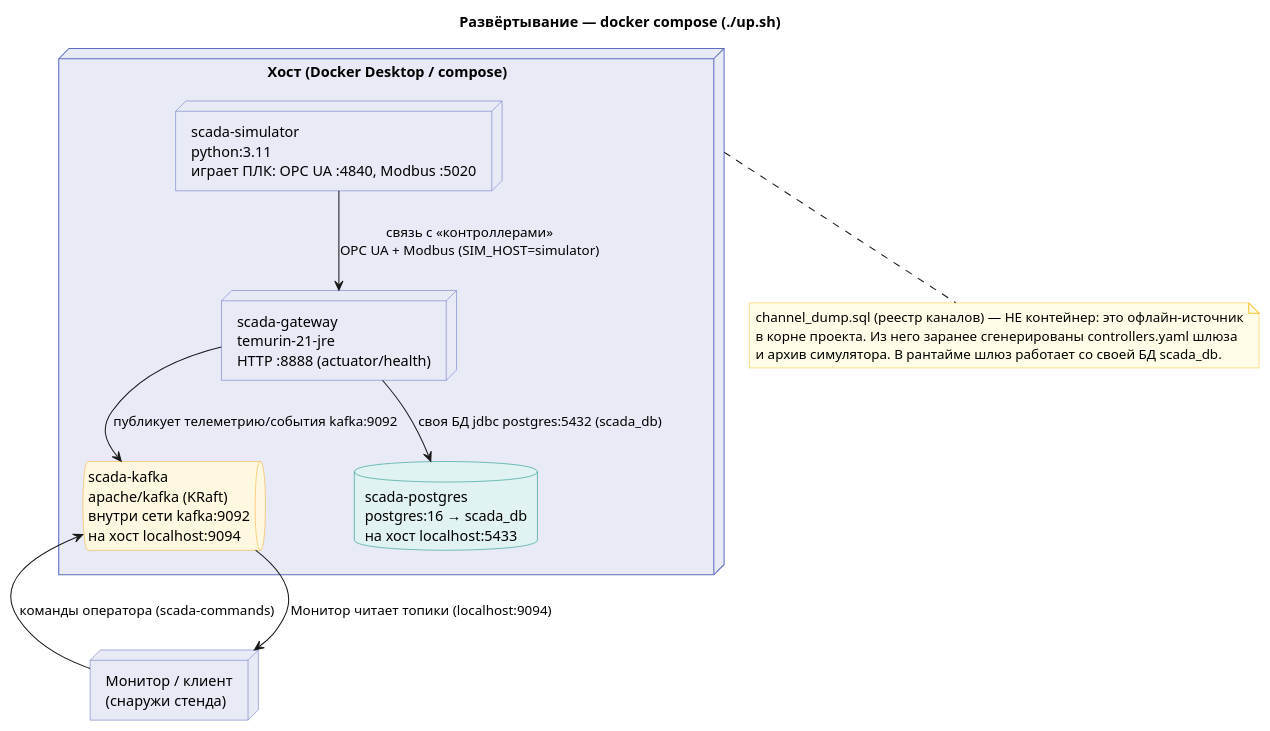
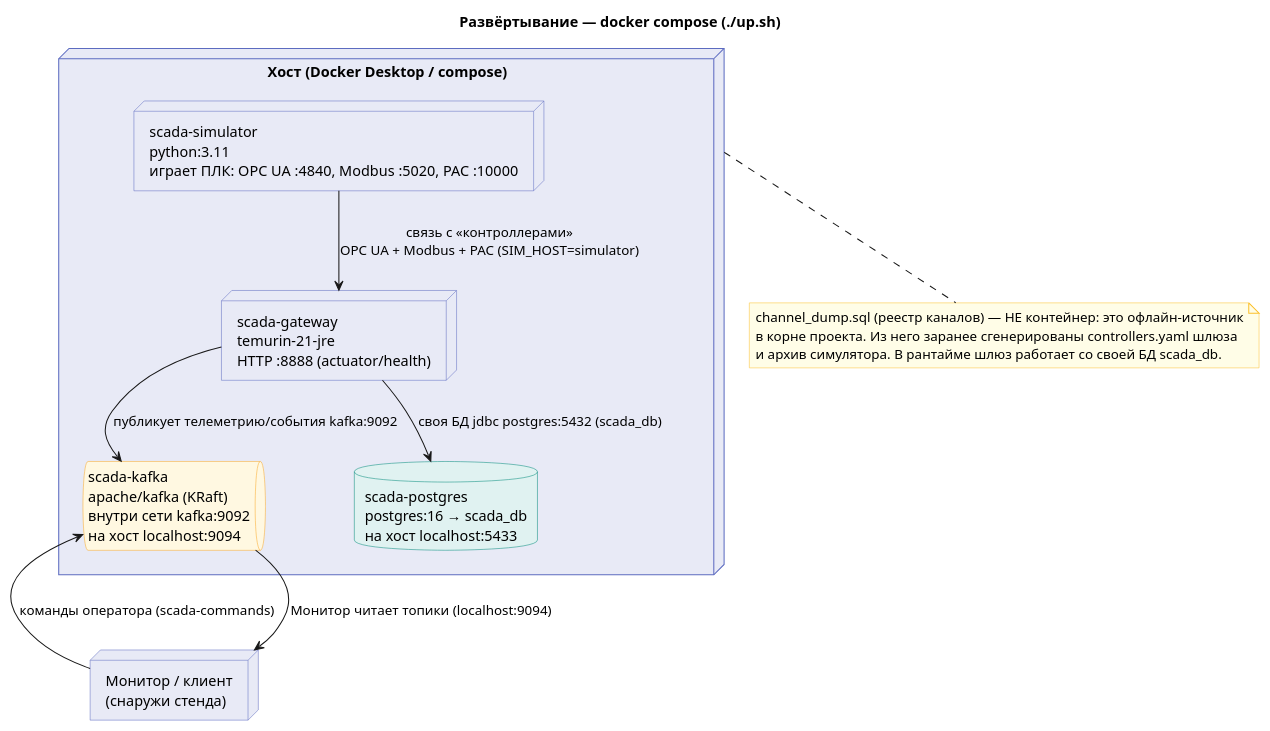
One commit to EuZireael/scada-gateway changed the third of 3 diagrams in docs/architecture.puml. Above: the diagram before and after it, drawn with PlantUML. The commit also changed other lines of this file and 11 other files, not shown here.

First line of the commit message:
Доки/комментарии: привести к трём протоколам (OPC UA/Modbus/PAC) + фикс топика

```diff
--- a/docs/architecture.puml
+++ b/docs/architecture.puml
@@ -263,46 +263,46 @@
 @startuml SCADA-Gateway-Deployment
 ' ============================================================================
 '  Развёртывание: docker compose (одна команда ./up.sh)
 '  Что где физически запущено и по каким портам общается.
 ' ============================================================================
 title Развёртывание — docker compose (./up.sh)
 
 skinparam shadowing false
 skinparam defaultFontName "Segoe UI"
 skinparam node {
   BorderColor #5C6BC0
   BackgroundColor #E8EAF6
 }
 skinparam database {
   BorderColor #00897B
   BackgroundColor #E0F2F1
 }
 skinparam queue {
   BorderColor #F9A825
   BackgroundColor #FFF8E1
 }
 skinparam note {
   BackgroundColor #FFFDE7
   BorderColor #FBC02D
 }
 
 node "Хост (Docker Desktop / compose)" as HOST {
-  node "scada-simulator\npython:3.11\nиграет ПЛК: OPC UA :4840, Modbus :5020" as N_SIM
+  node "scada-simulator\npython:3.11\nиграет ПЛК: OPC UA :4840, Modbus :5020, PAC :10000" as N_SIM
   node "scada-gateway\ntemurin-21-jre\nHTTP :8888 (actuator/health)" as N_GW
   queue "scada-kafka\napache/kafka (KRaft)\nвнутри сети kafka:9092\nна хост localhost:9094" as N_K
   database "scada-postgres\npostgres:16 → scada_db\nна хост localhost:5433" as N_PG
 }
 node "Монитор / клиент\n(снаружи стенда)" as N_MON
 
-N_SIM --> N_GW  : связь с «контроллерами»\nOPC UA + Modbus (SIM_HOST=simulator)
+N_SIM --> N_GW  : связь с «контроллерами»\nOPC UA + Modbus + PAC (SIM_HOST=simulator)
 N_GW  --> N_K   : публикует телеметрию/события kafka:9092
 N_GW  --> N_PG  : своя БД jdbc postgres:5432 (scada_db)
 N_K   --> N_MON : Монитор читает топики (localhost:9094)
 N_MON --> N_K   : команды оператора (scada-commands)
 
 note bottom of HOST
   channel_dump.sql (реестр каналов) — НЕ контейнер: это офлайн-источник
   в корне проекта. Из него заранее сгенерированы controllers.yaml шлюза
   и архив симулятора. В рантайме шлюз работает со своей БД scada_db.
 end note
 @enduml
```
